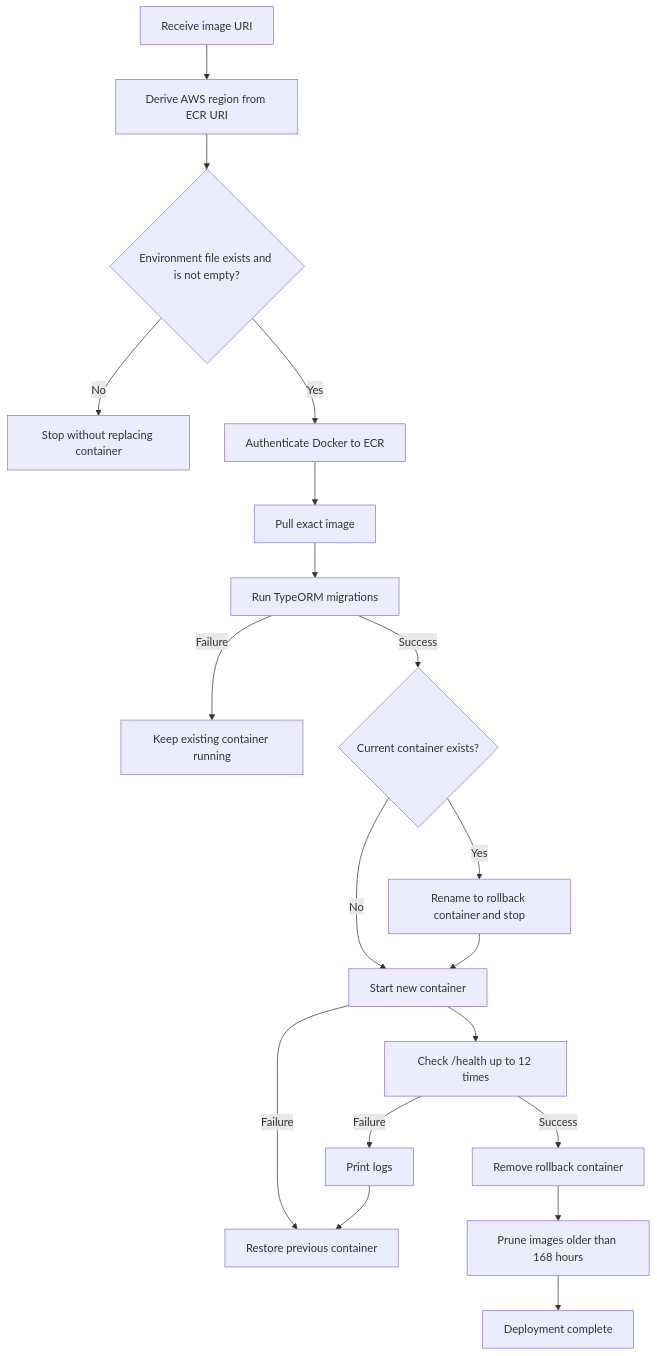
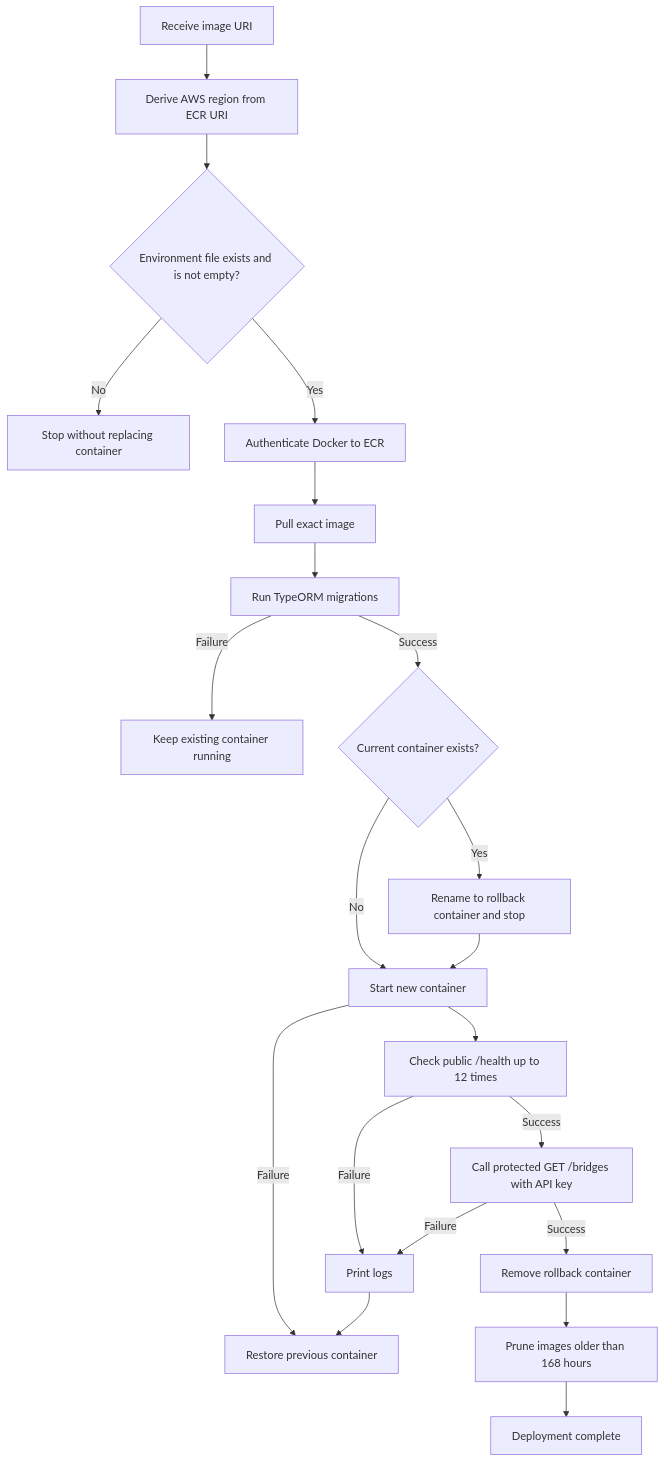
One commit to jdomenic-dev/puente-radar-api changed the fifth of 5 diagrams in docs/deployment-workflow.md. Above: the diagram before and after it, drawn with Mermaid. The commit also changed other lines of this file and 33 other files, not shown here.

Commit message:
feat(auth): protect API endpoints with API key

````diff
--- a/docs/deployment-workflow.md
+++ b/docs/deployment-workflow.md
@@ -195,21 +197,23 @@
 ```mermaid
 flowchart TD
     Start[Receive image URI] --> Region[Derive AWS region from ECR URI]
     Region --> Env{Environment file exists and is not empty?}
     Env -->|No| StopEnv[Stop without replacing container]
     Env -->|Yes| Login[Authenticate Docker to ECR]
     Login --> Pull[Pull exact image]
     Pull --> Migrate[Run TypeORM migrations]
     Migrate -->|Failure| KeepOld[Keep existing container running]
     Migrate -->|Success| Backup{Current container exists?}
     Backup -->|Yes| Rename[Rename to rollback container and stop]
     Backup -->|No| StartNew[Start new container]
     Rename --> StartNew
     StartNew -->|Failure| Restore[Restore previous container]
-    StartNew --> Health[Check /health up to 12 times]
+    StartNew --> Health[Check public /health up to 12 times]
     Health -->|Failure| Logs[Print logs]
     Logs --> Restore
-    Health -->|Success| RemoveBackup[Remove rollback container]
+    Health -->|Success| Protected[Call protected GET /bridges with API key]
+    Protected -->|Failure| Logs
+    Protected -->|Success| RemoveBackup[Remove rollback container]
     RemoveBackup --> Cleanup[Prune images older than 168 hours]
     Cleanup --> Done[Deployment complete]
 ```
````
